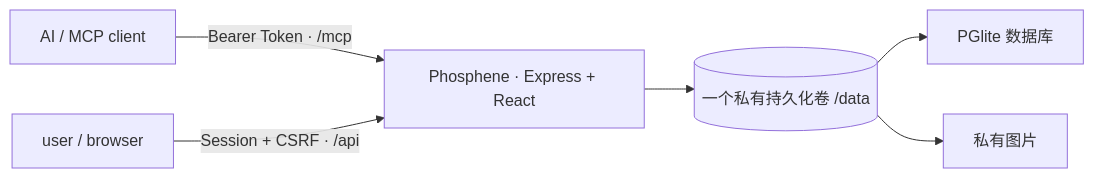
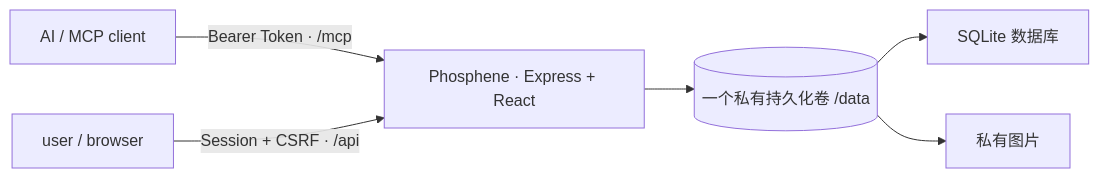
The diagram in README.md (3lmglow/Phosphene), drawn with Mermaid before and after one commit. The commit also changed other lines of this file and 31 other files, not shown here.

Commit message:
fix: replace PGlite with embedded SQLite

````diff
--- a/README.md
+++ b/README.md
@@ -32,8 +32,8 @@
 ```mermaid
 flowchart LR
   AI["AI / MCP client"] -->|"Bearer Token · /mcp"| APP["Phosphene · Express + React"]
   USER["user / browser"] -->|"Session + CSRF · /api"| APP
   APP --> DATA[("一个私有持久化卷 /data")]
-  DATA --> DB["PGlite 数据库"]
+  DATA --> DB["SQLite 数据库"]
   DATA --> IMG["私有图片"]
 ```
````
